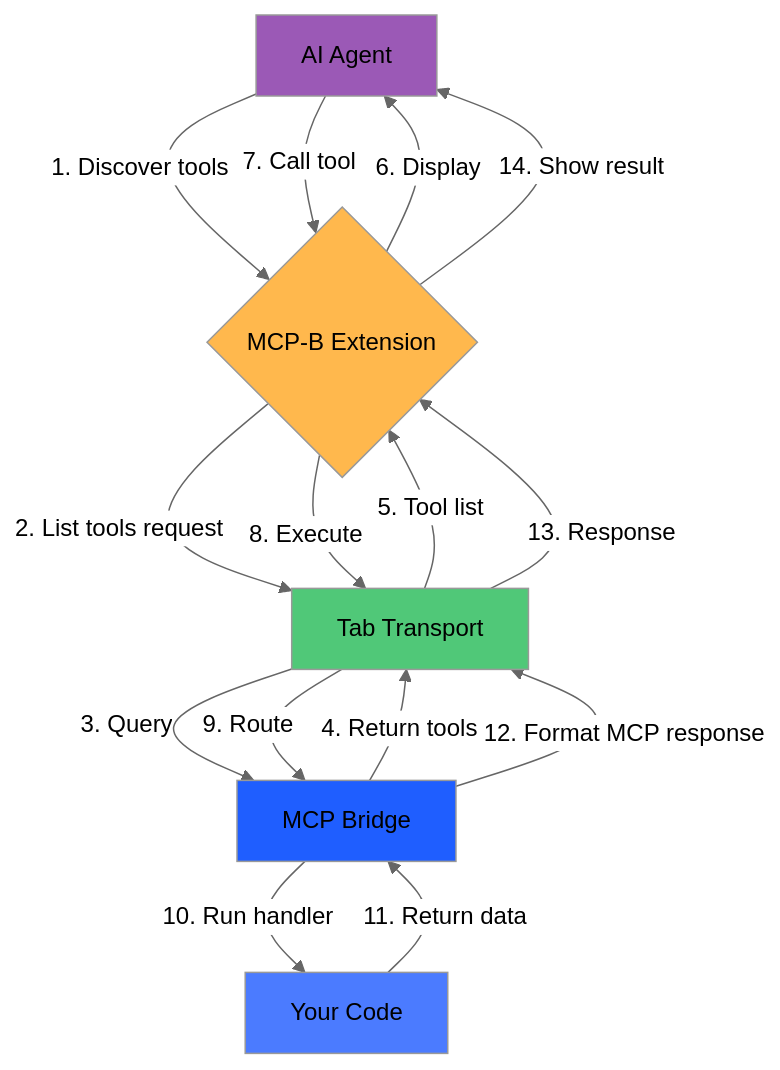
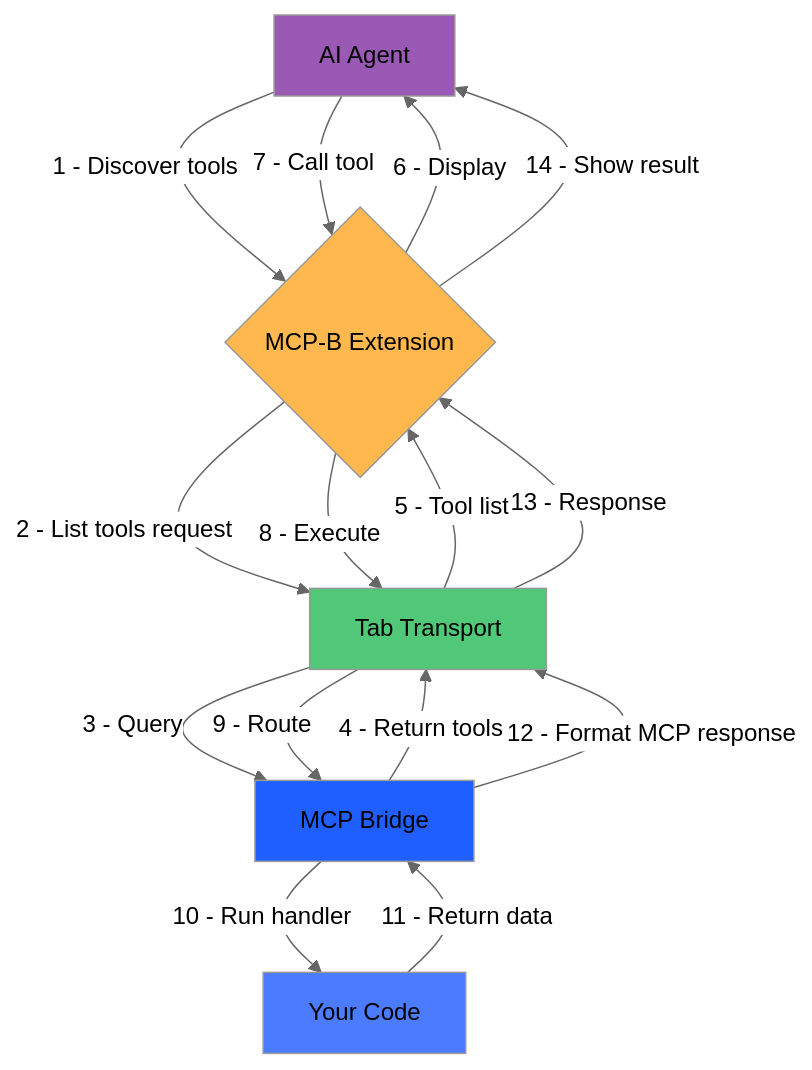
The eighth of 10 diagrams in concepts.mdx (WebMCP-org/docs), drawn with Mermaid (neutral theme) before and after one commit.

Commit message:
fix: replace periods with dashes in mermaid diagram labels
Changed numbered labels from "1. Action" to "1 - Action" format to prevent
Mintlify from interpreting them as markdown lists, which was causing
"Unsupported markdown: list" errors.

Generated with [Claude Code](https://claude.com/claude-code)

````diff
--- a/concepts.mdx
+++ b/concepts.mdx
@@ -278,24 +278,24 @@
 ```mermaid
 flowchart TD
-    A[AI Agent] -->|1. Discover tools| B{MCP-B Extension}
-    B -->|2. List tools request| C[Tab Transport]
-    C -->|3. Query| D[MCP Bridge]
-    D -->|4. Return tools| C
-    C -->|5. Tool list| B
-    B -->|6. Display| A
+    A[AI Agent] -->|1 - Discover tools| B{MCP-B Extension}
+    B -->|2 - List tools request| C[Tab Transport]
+    C -->|3 - Query| D[MCP Bridge]
+    D -->|4 - Return tools| C
+    C -->|5 - Tool list| B
+    B -->|6 - Display| A
 
-    A -->|7. Call tool| B
-    B -->|8. Execute| C
-    C -->|9. Route| D
-    D -->|10. Run handler| E[Your Code]
-    E -->|11. Return data| D
-    D -->|12. Format MCP response| C
-    C -->|13. Response| B
-    B -->|14. Show result| A
+    A -->|7 - Call tool| B
+    B -->|8 - Execute| C
+    C -->|9 - Route| D
+    D -->|10 - Run handler| E[Your Code]
+    E -->|11 - Return data| D
+    D -->|12 - Format MCP response| C
+    C -->|13 - Response| B
+    B -->|14 - Show result| A
 
     style A fill:#9B59B6
     style B fill:#FFB84D
     style C fill:#50C878
     style D fill:#1F5EFF
     style E fill:#4B7BFF
 ```
````
